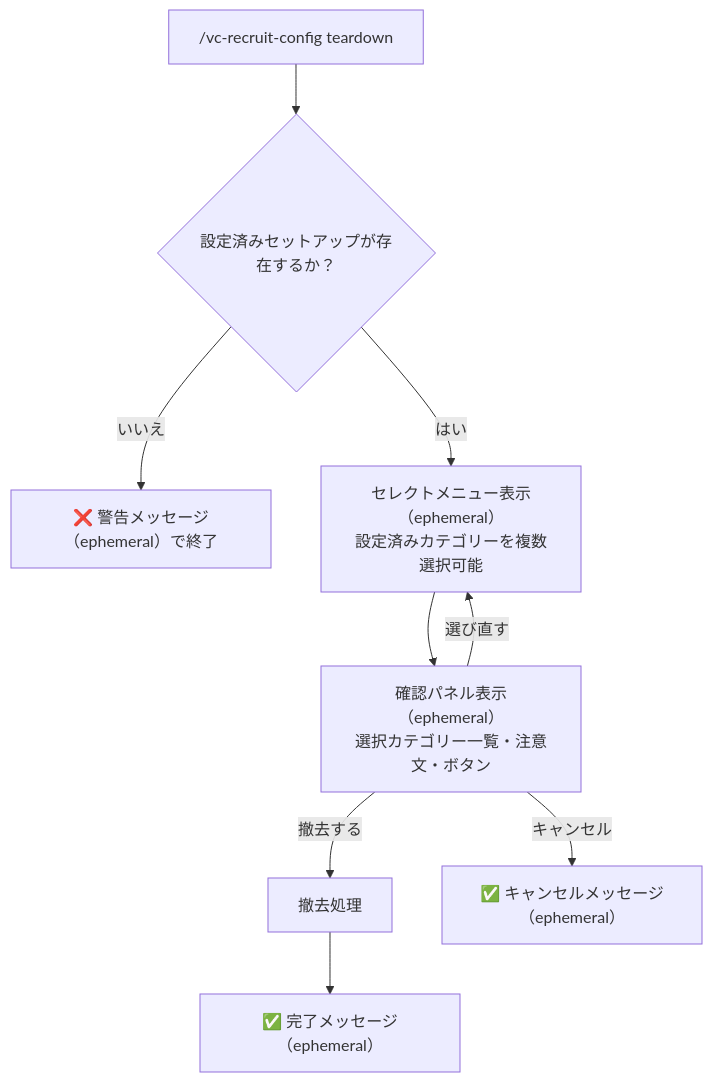
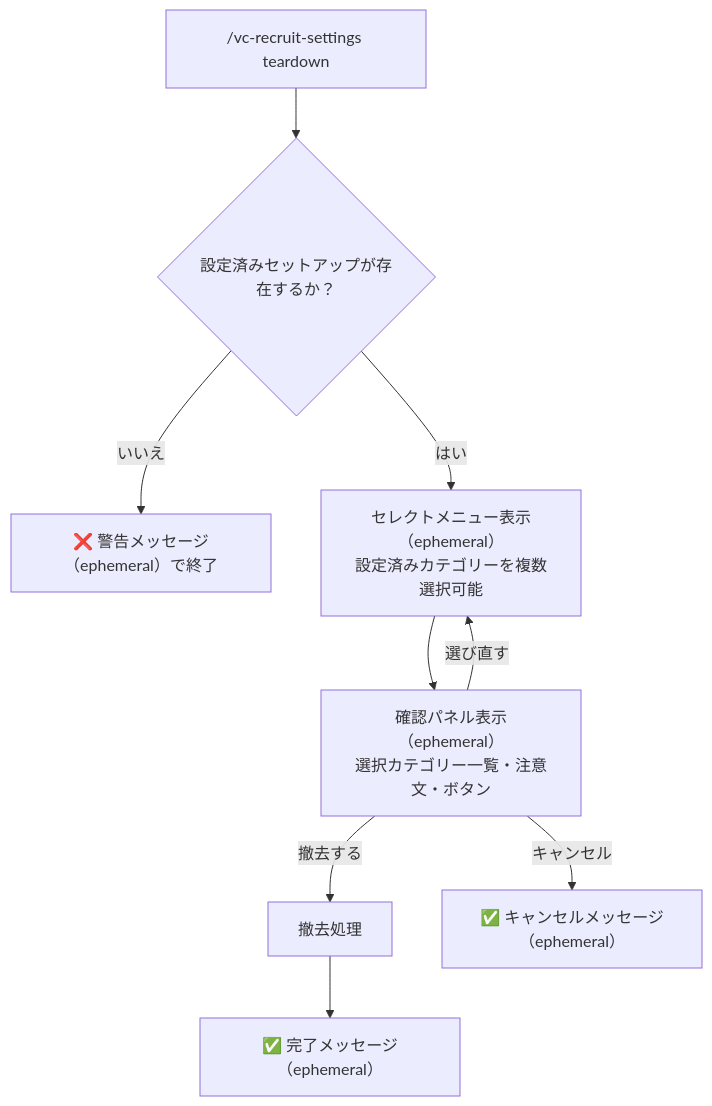
Before and after one commit to ayasono-project/saika: the diagram in docs/specs/VC_RECRUIT_SPEC.md, drawn with Mermaid. The commit also changed other lines of this file and 592 other files, not shown here.

First line of the commit message:
refactor: -config 命名を -settings に統一（コマンド・モデル名・サービス・export形式）

````diff
--- a/docs/specs/VC_RECRUIT_SPEC.md
+++ b/docs/specs/VC_RECRUIT_SPEC.md
@@ -604,11 +604,11 @@
 ```mermaid
 flowchart TD
-    A["/vc-recruit-config teardown"] --> B{設定済みセットアップが存在するか？}
+    A["/vc-recruit-settings teardown"] --> B{設定済みセットアップが存在するか？}
     B -- いいえ --> C["❌ 警告メッセージ（ephemeral）で終了"]
     B -- はい --> D["セレクトメニュー表示（ephemeral）<br/>設定済みカテゴリーを複数選択可能"]
     D --> E["確認パネル表示（ephemeral）<br/>選択カテゴリー一覧・注意文・ボタン"]
     E -- 撤去する --> F[撤去処理]
     E -- キャンセル --> G["✅ キャンセルメッセージ（ephemeral）"]
     E -- 選び直す --> D
     F --> H["✅ 完了メッセージ（ephemeral）"]
 ```
````
